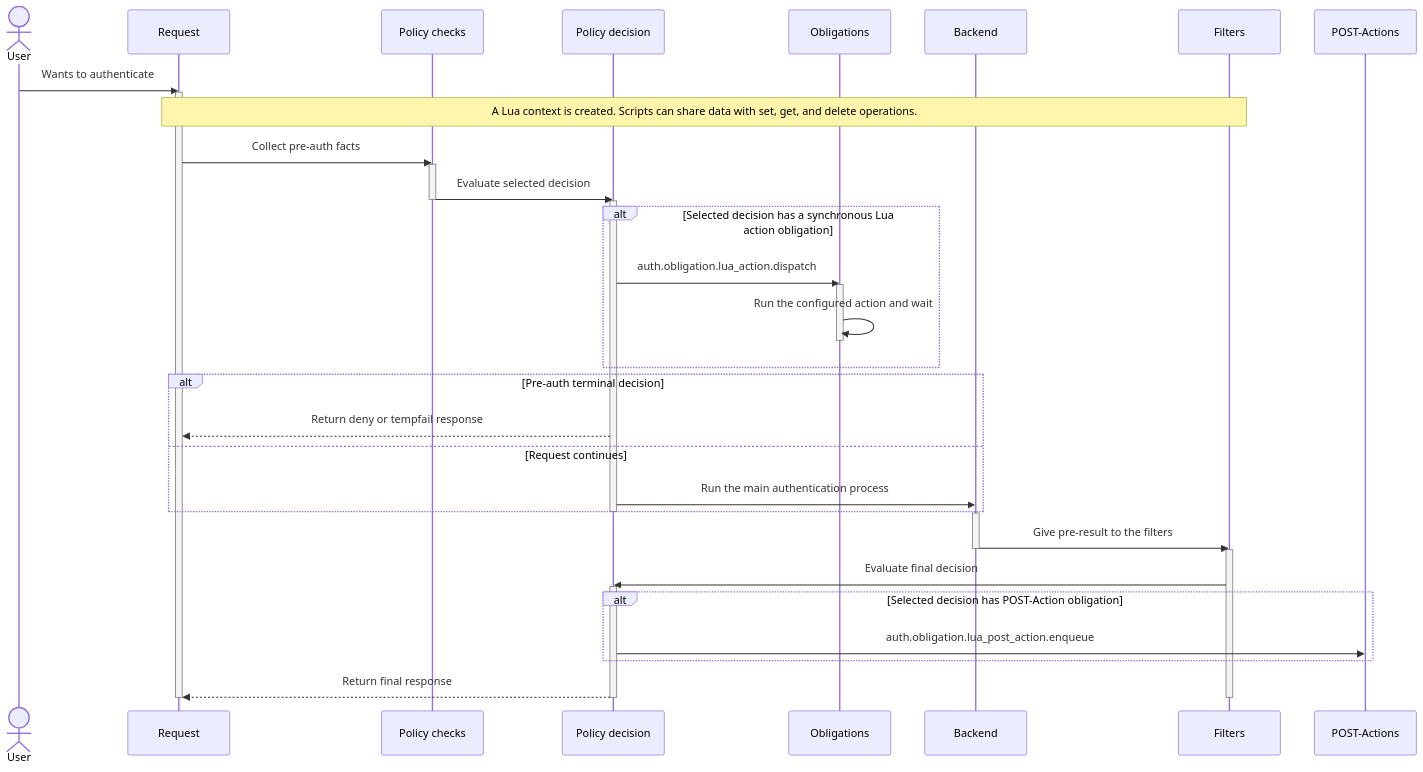
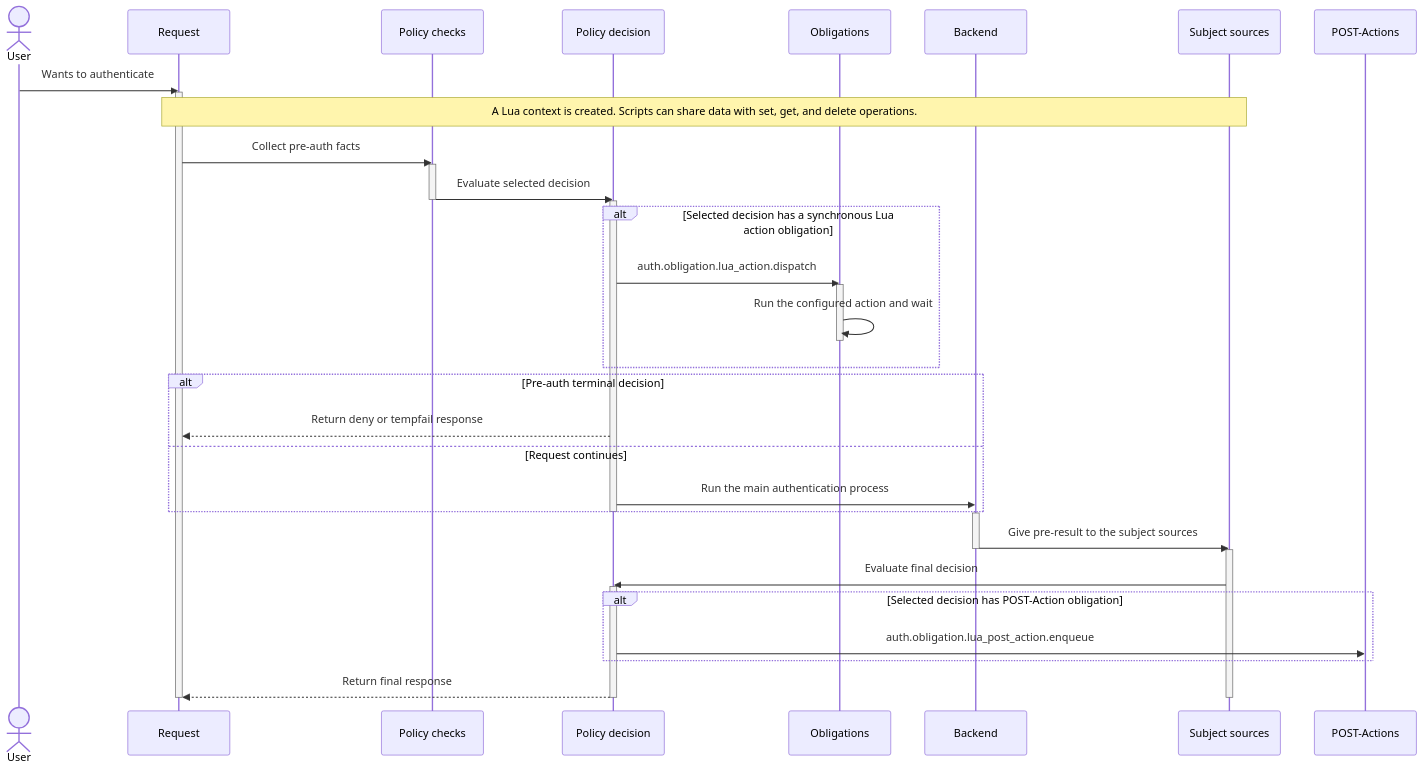
The diagram in docs/lua-api/introduction.md (croessner/nauthilus-website), drawn with Mermaid before and after one commit. The commit also changed other lines of this file and 22 other files, not shown here.

First line of the commit message:
docs: document Lua policy source rename

````diff
--- a/docs/lua-api/introduction.md
+++ b/docs/lua-api/introduction.md
@@ -38,44 +38,44 @@
 ```mermaid
 sequenceDiagram
     actor User
     participant Request
     participant Checks as Policy checks
     participant Policy as Policy decision
     participant Obligations
     participant Backend
-    participant Filters
+    participant Subjects as Subject sources
     participant Post as POST-Actions
     User->>Request: Wants to authenticate
     activate Request
-    Note over Request,Filters:A Lua context is created. Scripts can share data with set, get, and delete operations.
+    Note over Request,Subjects:A Lua context is created. Scripts can share data with set, get, and delete operations.
     Request->>Checks: Collect pre-auth facts
     activate Checks
     Checks->>Policy: Evaluate selected decision
     deactivate Checks
     activate Policy
     alt Selected decision has a synchronous Lua action obligation
     Policy->>Obligations: auth.obligation.lua_action.dispatch
     activate Obligations
     Obligations->>Obligations: Run the configured action and wait
     deactivate Obligations
     end
     alt Pre-auth terminal decision
     Policy-->>Request: Return deny or tempfail response
     else Request continues
     Policy->>Backend: Run the main authentication process
     end
     deactivate Policy
     activate Backend
-    Backend->>Filters: Give pre-result to the filters
+    Backend->>Subjects: Give pre-result to the subject sources
     deactivate Backend
-    activate Filters
-    Filters->>Policy: Evaluate final decision
+    activate Subjects
+    Subjects->>Policy: Evaluate final decision
     activate Policy
     alt Selected decision has POST-Action obligation
     Policy->>Post: auth.obligation.lua_post_action.enqueue
     end
     Policy-->>Request: Return final response
     deactivate Policy
-    deactivate Filters
+    deactivate Subjects
     deactivate Request
 ```
````
